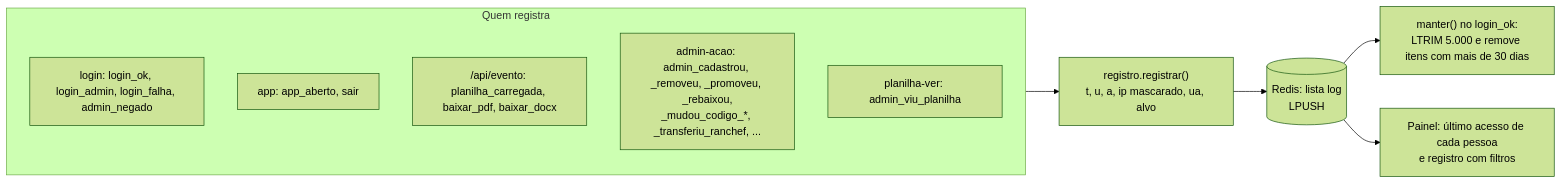
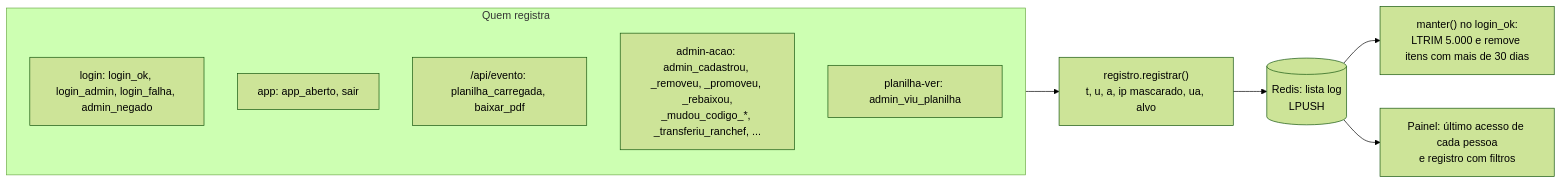
Before and after one commit to GiuColucci/Municiamento_CIAGA: diagram 14 of 17 in docs/ARQUITETURA_E_FLUXO.md, drawn with Mermaid (forest theme). The commit also changed other lines of this file and 10 other files, not shown here.

````diff
--- a/docs/ARQUITETURA_E_FLUXO.md
+++ b/docs/ARQUITETURA_E_FLUXO.md
@@ -451,14 +451,14 @@
 ```mermaid
 flowchart LR
   subgraph Origem["Quem registra"]
     L["login: login_ok, login_admin, login_falha, admin_negado"]
     APP["app: app_aberto, sair"]
-    EV["/api/evento: planilha_carregada, baixar_pdf, baixar_docx"]
+    EV["/api/evento: planilha_carregada, baixar_pdf"]
     ADM["admin-acao: admin_cadastrou, _removeu, _promoveu, _rebaixou,<br/>_mudou_codigo_*, _transferiu_ranchef, ..."]
     PV["planilha-ver: admin_viu_planilha"]
   end
   Origem --> REG["registro.registrar()<br/>t, u, a, ip mascarado, ua, alvo"]
   REG --> LOG[("Redis: lista log<br/>LPUSH")]
   LOG --> M["manter() no login_ok:<br/>LTRIM 5.000 e remove itens com mais de 30 dias"]
   LOG --> PAINEL["Painel: último acesso de cada pessoa<br/>e registro com filtros"]
 ```
````
